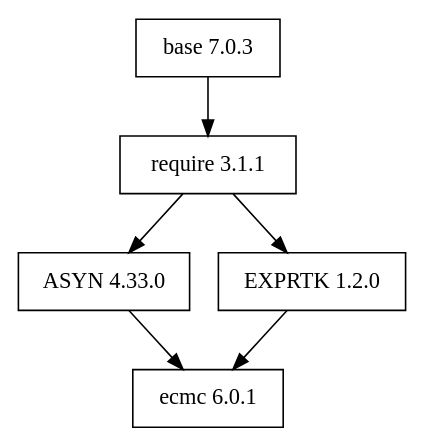
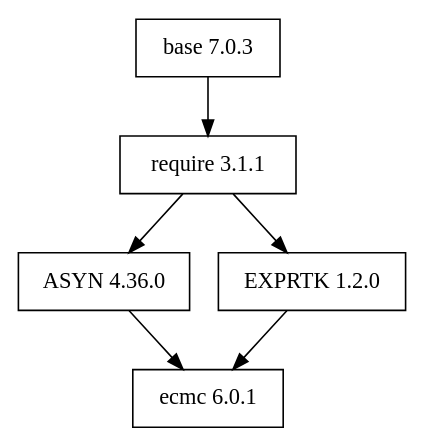
The diagram in docs/ecmc.gv (icshwi/e3-ecmc), drawn with Graphviz before and after one commit. The commit also changed 2 other files, not shown here.

Commit message:
asyn 4.36 in CONFIG_MODULE

```diff
--- a/docs/ecmc.gv
+++ b/docs/ecmc.gv
@@ -1,9 +1,9 @@
 digraph ecmc {
 node [shape=record];
 base [label="base 7.0.3"]
 require [label="require 3.1.1"]
-ASYN [label="ASYN 4.33.0"]
+ASYN [label="ASYN 4.36.0"]
 EXPRTK [label="EXPRTK 1.2.0"]
 ecmc [label="ecmc 6.0.1"]
 base -> require -> { ASYN,EXPRTK } ->  {  ecmc  } 
 } 
```
